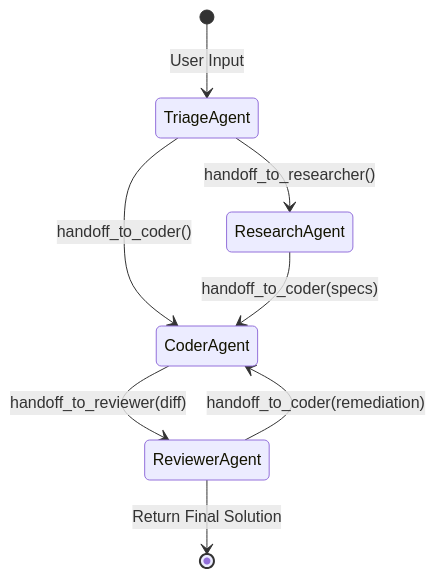
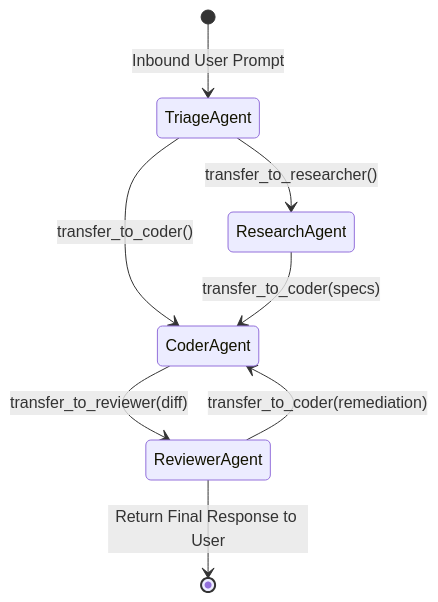
The first of 3 diagrams in Documents/LangGraphSwarm.md (lulellis53-sudo/langgraph-swarm-sdk), drawn with Mermaid before and after one commit. The commit also changed other lines of this file and 204 other files, not shown here.

````diff
--- a/Documents/LangGraphSwarm.md
+++ b/Documents/LangGraphSwarm.md
@@ -184,10 +189,10 @@
 ```mermaid
 stateDiagram-v2
-    [*] --> TriageAgent: User Input
-    TriageAgent --> ResearchAgent: handoff_to_researcher()
-    TriageAgent --> CoderAgent: handoff_to_coder()
-    ResearchAgent --> CoderAgent: handoff_to_coder(specs)
-    CoderAgent --> ReviewerAgent: handoff_to_reviewer(diff)
-    ReviewerAgent --> CoderAgent: handoff_to_coder(remediation)
-    ReviewerAgent --> [*]: Return Final Solution
+    [*] --> TriageAgent: Inbound User Prompt
+    TriageAgent --> ResearchAgent: transfer_to_researcher()
+    TriageAgent --> CoderAgent: transfer_to_coder()
+    ResearchAgent --> CoderAgent: transfer_to_coder(specs)
+    CoderAgent --> ReviewerAgent: transfer_to_reviewer(diff)
+    ReviewerAgent --> CoderAgent: transfer_to_coder(remediation)
+    ReviewerAgent --> [*]: Return Final Response to User
 ```
````
